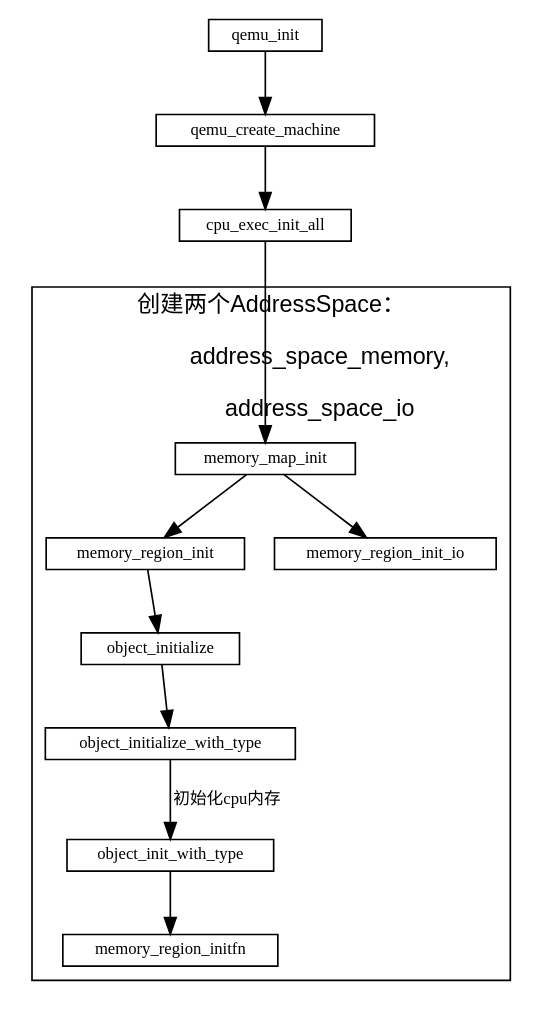
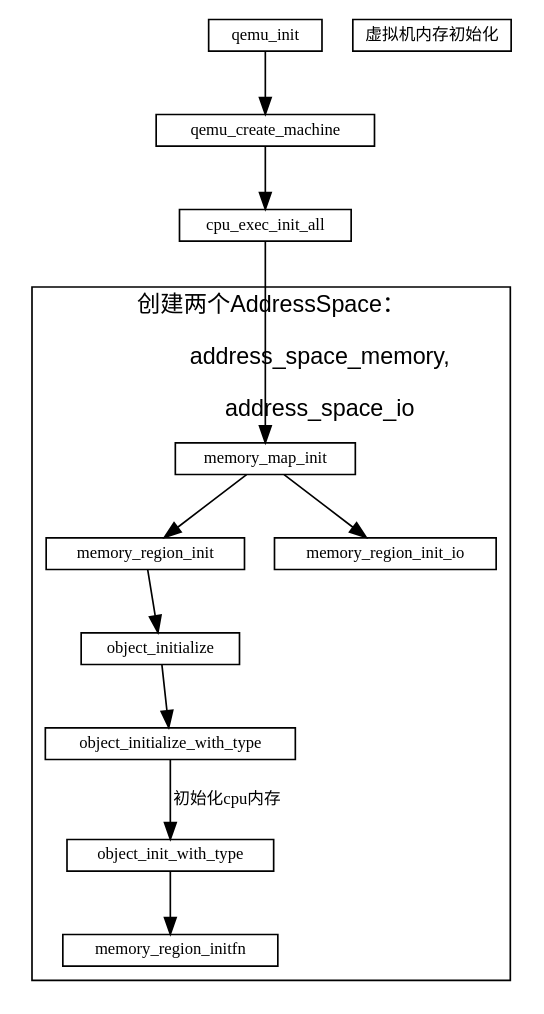
The diagram in qemu/qemu-kvm内存虚拟化.md (sisyphus1212/note), drawn with Graphviz before and after one commit.

Commit message:
auto_update

````diff
--- a/qemu/qemu-kvm内存虚拟化.md
+++ b/qemu/qemu-kvm内存虚拟化.md
@@ -10,31 +10,35 @@
 ```graphviz
 digraph {
     fontname="Helvetica,Arial,sans-serif"
     //node [fontname="Helvetica,Arial,sans-serif"]
     //edge [fontname="Helvetica,Arial,sans-serif"]
     //rankdir="LR"
     node [fontsize=10, shape=record, height=0.25]
     edge [fontsize=10]
     subgraph memory_map_init {
         label="创建两个AddressSpace：\n
                 address_space_memory,\n
                 address_space_io";
 
         cluster=true;
         memory_map_init
                 -> memory_region_init
                 -> object_initialize
                 -> object_initialize_with_type
                 object_initialize_with_type
                 -> object_init_with_type[label="初始化cpu内存"]
                 object_init_with_type
                 -> memory_region_initfn
               memory_map_init
                 -> memory_region_init_io
     }
 
+    subgraph vm_mem_alloc {
+        cluster=true;
+    }
     qemu_init -> qemu_create_machine
               -> cpu_exec_init_all
               -> memory_map_init
+              虚拟机内存初始化
 }
 ```
````
